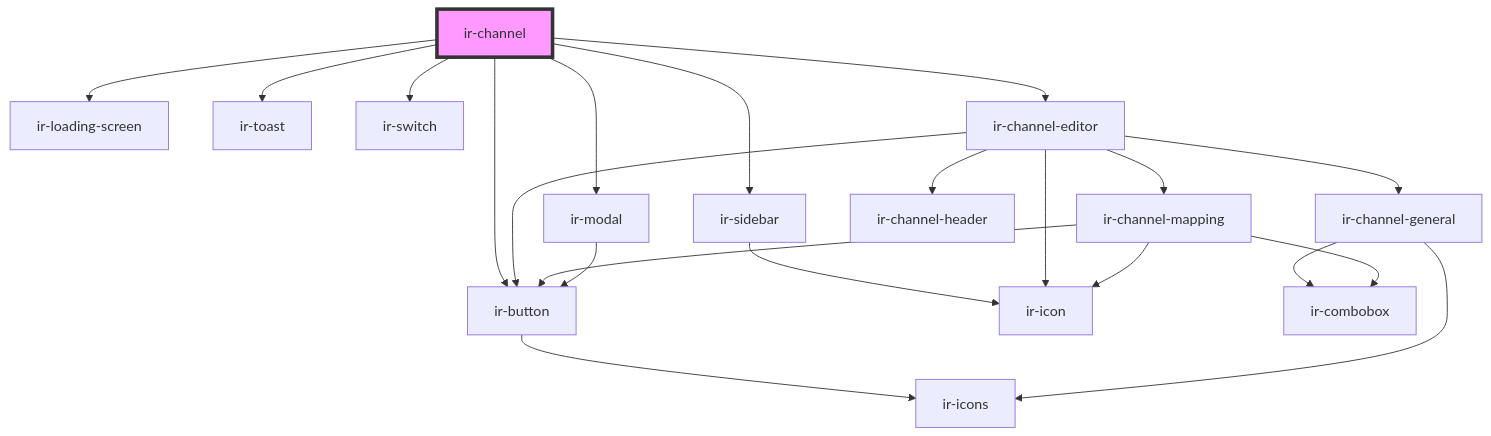
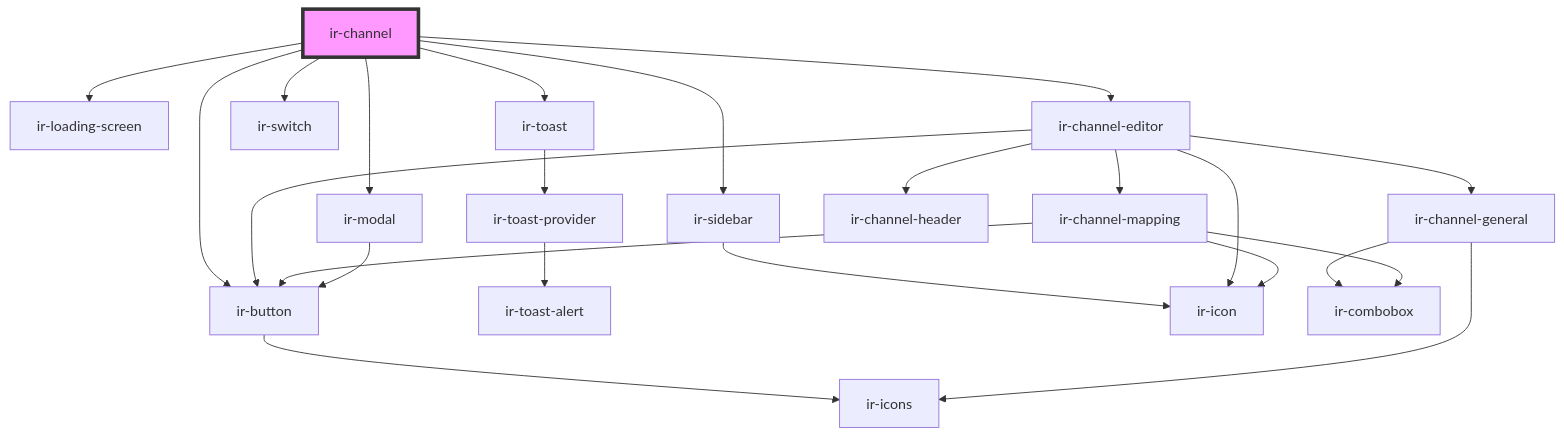
One commit to RonyRizk/ir-webcmp changed the diagram in src/components/ir-channel/readme.md. Above: the diagram before and after it, drawn with Mermaid. The commit also changed 235 other files, not shown here.

````diff
--- a/src/components/ir-channel/readme.md
+++ b/src/components/ir-channel/readme.md
@@ -32,24 +32,26 @@
 ```mermaid
 graph TD;
   ir-channel --> ir-loading-screen
   ir-channel --> ir-toast
   ir-channel --> ir-button
   ir-channel --> ir-switch
   ir-channel --> ir-sidebar
   ir-channel --> ir-channel-editor
   ir-channel --> ir-modal
+  ir-toast --> ir-toast-provider
+  ir-toast-provider --> ir-toast-alert
   ir-button --> ir-icons
   ir-sidebar --> ir-icon
   ir-channel-editor --> ir-channel-general
   ir-channel-editor --> ir-channel-mapping
   ir-channel-editor --> ir-icon
   ir-channel-editor --> ir-channel-header
   ir-channel-editor --> ir-button
   ir-channel-general --> ir-combobox
   ir-channel-general --> ir-icons
   ir-channel-mapping --> ir-icon
   ir-channel-mapping --> ir-button
   ir-channel-mapping --> ir-combobox
   ir-modal --> ir-button
   style ir-channel fill:#f9f,stroke:#333,stroke-width:4px
 ```
````
